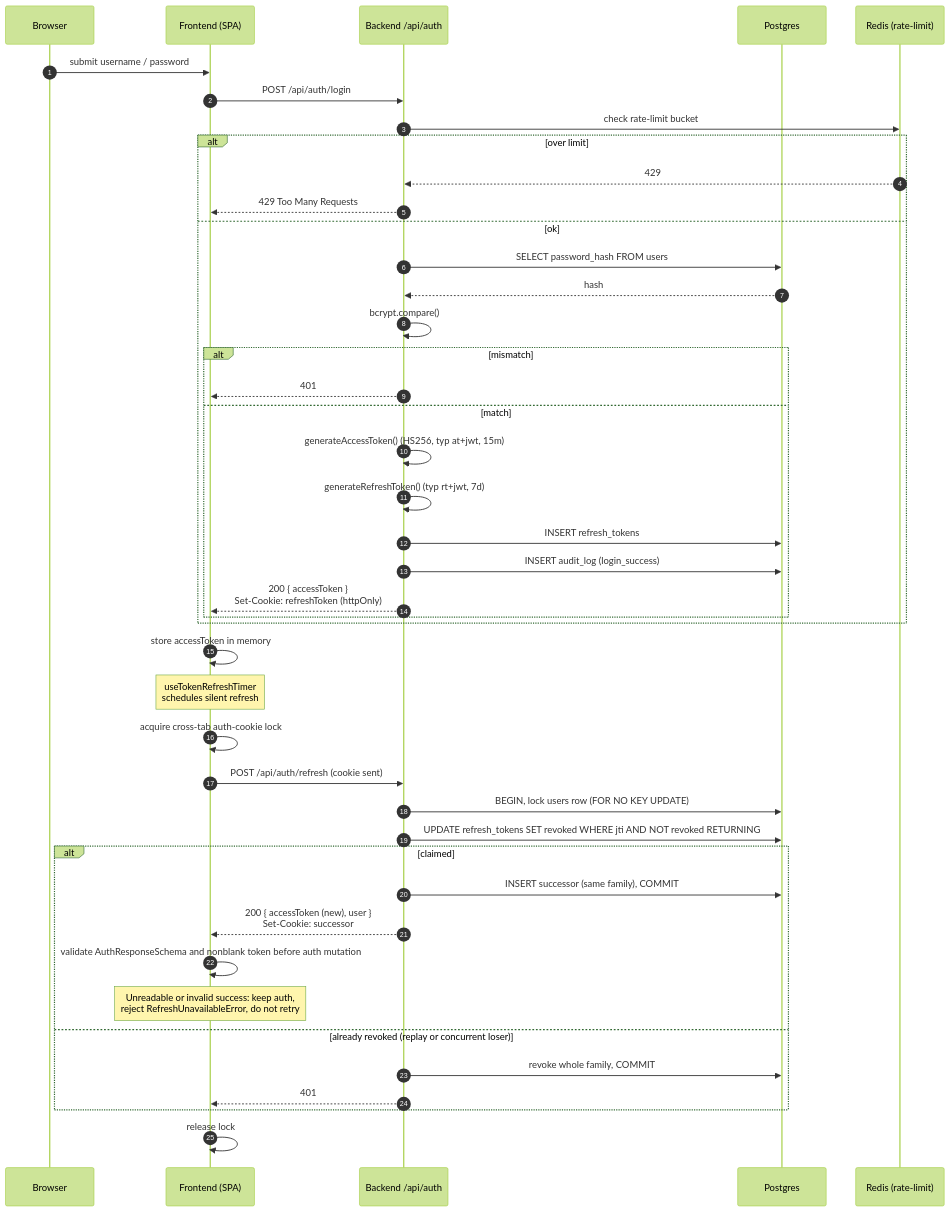
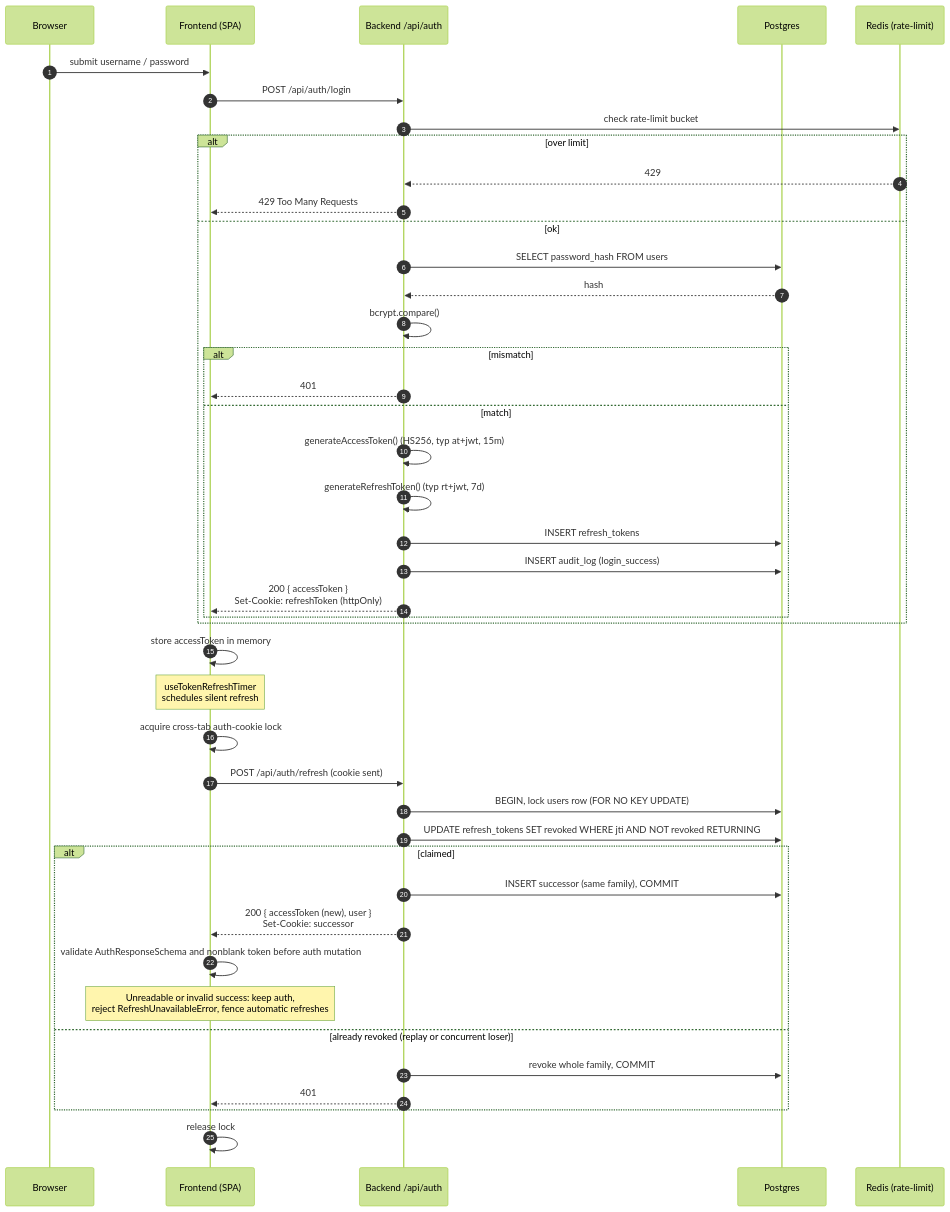
Before and after one commit to Compendiq/compendiq-ce: the first of 4 diagrams in docs/architecture/07-flow-auth.md, drawn with Mermaid (forest theme). The commit also changed other lines of this file and 12 other files, not shown here.

Commit message:
fix(auth): fence indeterminate refreshes across consumers

````diff
--- a/docs/architecture/07-flow-auth.md
+++ b/docs/architecture/07-flow-auth.md
@@ -11,47 +11,47 @@
 ```mermaid
 sequenceDiagram
     autonumber
     participant B as Browser
     participant FE as Frontend (SPA)
     participant BE as Backend /api/auth
     participant DB as Postgres
     participant RL as Redis (rate-limit)
 
     B->>FE: submit username / password
     FE->>BE: POST /api/auth/login
     BE->>RL: check rate-limit bucket
     alt over limit
         RL-->>BE: 429
         BE-->>FE: 429 Too Many Requests
     else ok
         BE->>DB: SELECT password_hash FROM users
         DB-->>BE: hash
         BE->>BE: bcrypt.compare()
         alt mismatch
             BE-->>FE: 401
         else match
             BE->>BE: generateAccessToken() (HS256, typ at+jwt, 15m)
             BE->>BE: generateRefreshToken() (typ rt+jwt, 7d)
             BE->>DB: INSERT refresh_tokens
             BE->>DB: INSERT audit_log (login_success)
             BE-->>FE: 200 { accessToken }<br/>Set-Cookie: refreshToken (httpOnly)
         end
     end
 
     FE->>FE: store accessToken in memory
     Note over FE: useTokenRefreshTimer<br/>schedules silent refresh
     FE->>FE: acquire cross-tab auth-cookie lock
     FE->>BE: POST /api/auth/refresh (cookie sent)
     BE->>DB: BEGIN, lock users row (FOR NO KEY UPDATE)
     BE->>DB: UPDATE refresh_tokens SET revoked WHERE jti AND NOT revoked RETURNING
     alt claimed
         BE->>DB: INSERT successor (same family), COMMIT
         BE-->>FE: 200 { accessToken (new), user }<br/>Set-Cookie: successor
         FE->>FE: validate AuthResponseSchema and nonblank token before auth mutation
-        Note over FE: Unreadable or invalid success: keep auth,<br/>reject RefreshUnavailableError, do not retry
+        Note over FE: Unreadable or invalid success: keep auth,<br/>reject RefreshUnavailableError, fence automatic refreshes
     else already revoked (replay or concurrent loser)
         BE->>DB: revoke whole family, COMMIT
         BE-->>FE: 401
     end
     FE->>FE: release lock
 ```
````
